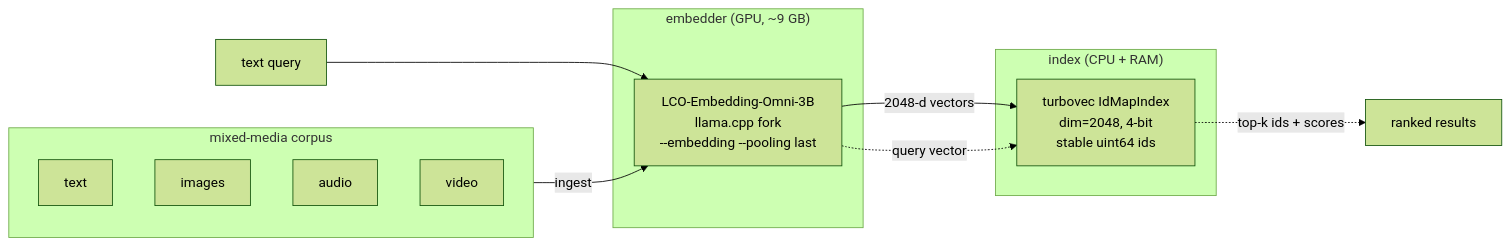
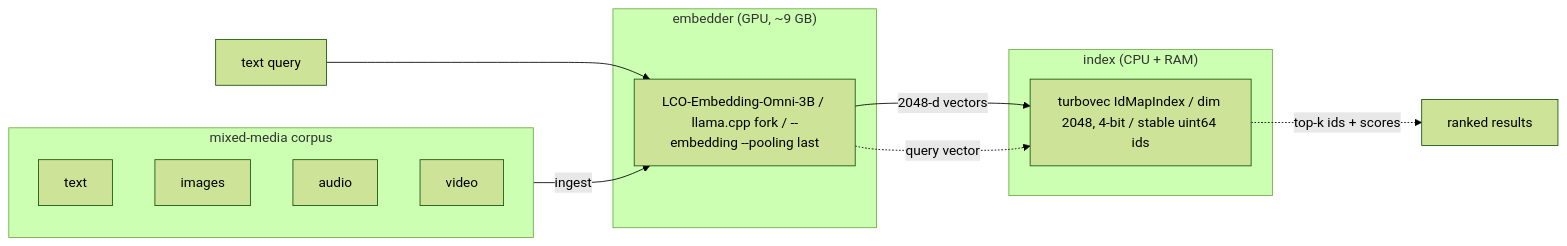
Before and after one commit to giannisanni/omni-retrieval: the diagram in README.md, drawn with Mermaid (forest theme).

Commit message:
docs: make the architecture mermaid diagram GitHub-render-safe
The diagram packed multiple nodes on one line with semicolons and used
chained mixed solid/dotted edges + <br/> labels - forms GitHub's mermaid
renderer can choke on, showing an error box (so the diagram looked "gone").
Rewrote to one statement per line, single edges, slash-separated labels;
validated valid=true. Benchmarks were never removed (see "What actually
works (measured)").

````diff
--- a/README.md
+++ b/README.md
@@ -63,14 +63,22 @@
 ```mermaid
 flowchart LR
     subgraph SRC["mixed-media corpus"]
-        T["text"]; I["images"]; A["audio"]; V["video"]
+        T["text"]
+        I["images"]
+        A["audio"]
+        V["video"]
     end
     subgraph GPU["embedder (GPU, ~9 GB)"]
-        E["LCO-Embedding-Omni-3B<br/>llama.cpp fork<br/>--embedding --pooling last"]
+        E["LCO-Embedding-Omni-3B / llama.cpp fork / --embedding --pooling last"]
     end
     subgraph CPU["index (CPU + RAM)"]
-        X["turbovec IdMapIndex<br/>dim=2048, 4-bit<br/>stable uint64 ids"]
+        X["turbovec IdMapIndex / dim 2048, 4-bit / stable uint64 ids"]
     end
-    SRC -->|ingest| E -->|2048-d vectors| X
-    Q["text query"] --> E -.->|query vector| X -.->|top-k ids + scores| R["ranked results"]
+    Q["text query"]
+    R["ranked results"]
+    SRC -->|ingest| E
+    E -->|2048-d vectors| X
+    Q --> E
+    E -.->|query vector| X
+    X -.->|top-k ids + scores| R
 ```
````
